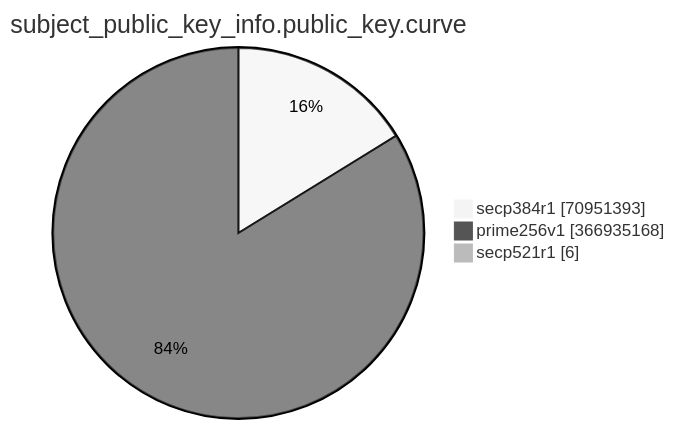
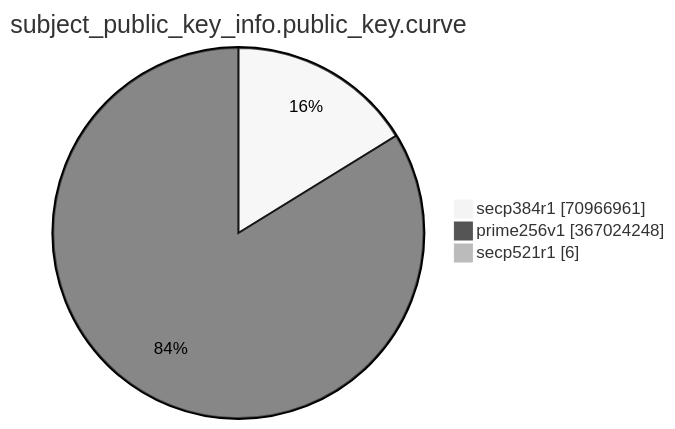
The eighth of 15 diagrams in TOTAL/README.md (christiankrug/ctmonitor_visualization), drawn with Mermaid (neutral theme) before and after one commit. The commit also changed other lines of this file, not shown here.

````diff
--- a/TOTAL/README.md
+++ b/TOTAL/README.md
@@ -3092,7 +3092,7 @@
 ```mermaid
 pie showData
 title subject_public_key_info.public_key.curve
-"secp384r1" :70951393
-"prime256v1" :366935168
+"secp384r1" :70966961
+"prime256v1" :367024248
 "secp521r1" :6
 ```
````
